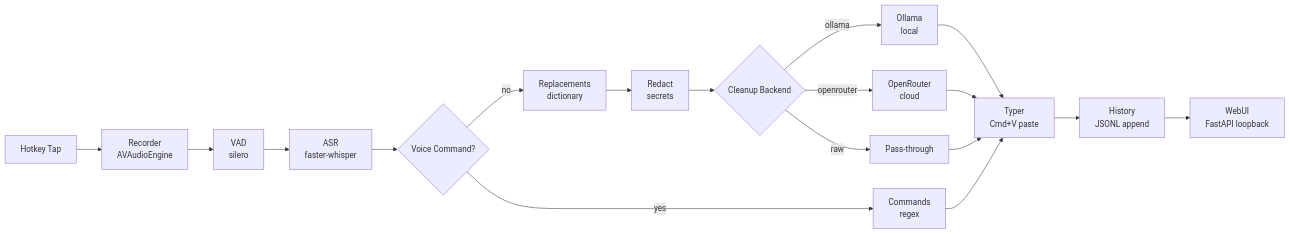
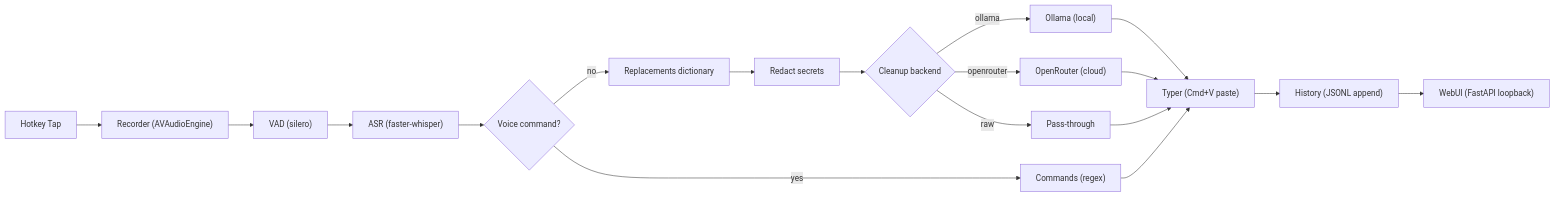
One commit to lewiswigmore/macOS-dictate changed the first of 2 diagrams in docs/architecture.md. Above: the diagram before and after it, drawn with Mermaid. The commit also changed other lines of this file and 21 other files, not shown here.

````diff
--- a/docs/architecture.md
+++ b/docs/architecture.md
@@ -9,20 +9,20 @@
 ```mermaid
 flowchart LR
-    A[Hotkey Tap] --> B[Recorder<br/>AVAudioEngine]
-    B --> C[VAD<br/>silero]
-    C --> D[ASR<br/>faster-whisper]
-    D --> E{Voice Command?}
-    E -->|yes| F[Commands<br/>regex]
-    E -->|no| G[Replacements<br/>dictionary]
-    G --> H[Redact<br/>secrets]
-    H --> I{Cleanup Backend}
-    I -->|ollama| J[Ollama<br/>local]
-    I -->|openrouter| K[OpenRouter<br/>cloud]
-    I -->|raw| L[Pass-through]
-    J --> M[Typer<br/>Cmd+V paste]
+    A["Hotkey Tap"] --> B["Recorder (AVAudioEngine)"]
+    B --> C["VAD (silero)"]
+    C --> D["ASR (faster-whisper)"]
+    D --> E{"Voice command?"}
+    E -->|yes| F["Commands (regex)"]
+    E -->|no| G["Replacements dictionary"]
+    G --> H["Redact secrets"]
+    H --> I{"Cleanup backend"}
+    I -->|ollama| J["Ollama (local)"]
+    I -->|openrouter| K["OpenRouter (cloud)"]
+    I -->|raw| L["Pass-through"]
+    J --> M["Typer (Cmd+V paste)"]
     K --> M
     L --> M
     F --> M
-    M --> N[History<br/>JSONL append]
-    N --> O[WebUI<br/>FastAPI loopback]
+    M --> N["History (JSONL append)"]
+    N --> O["WebUI (FastAPI loopback)"]
 ```
````
